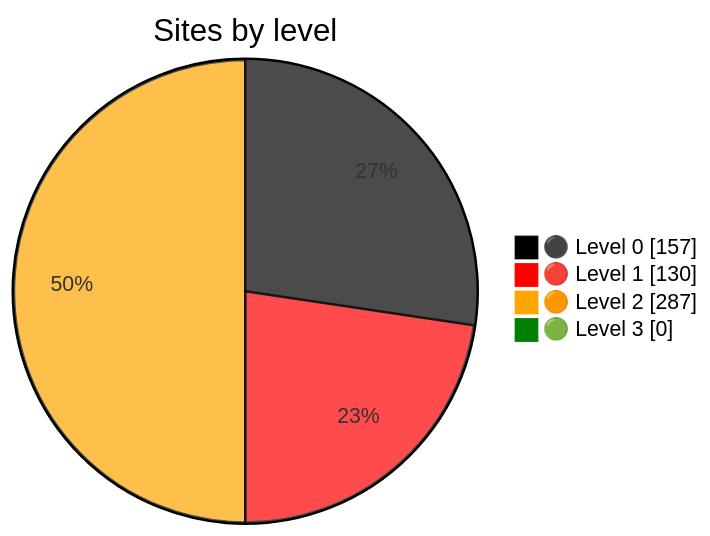
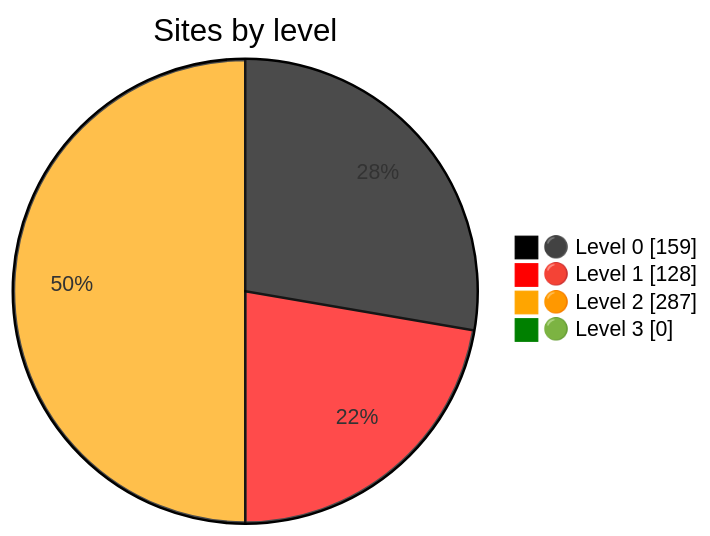
Before and after one commit to Dushmilan/gov_lk_web_auditor: the diagram in README.md, drawn with Mermaid. The commit also changed other lines of this file and 2590 other files, not shown here.

````diff
--- a/README.md
+++ b/README.md
@@ -24,9 +24,9 @@
 ```mermaid
 %%{init: {"themeVariables":{"pie1":"black","pie2":"red","pie3":"orange","pie4":"green"}}}%%
 pie showData
     title Sites by level
-    "⚫ Level 0" : 157
-    "🔴 Level 1" : 130
+    "⚫ Level 0" : 159
+    "🔴 Level 1" : 128
     "🟠 Level 2" : 287
     "🟢 Level 3" : 0
 ```
````
